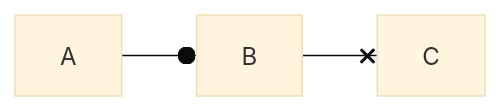
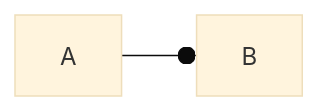
One commit to mermaid-js/mermaid changed diagram 35 of 56 in docs/syntax/flowchart.md. Above: the diagram before and after it, drawn with Mermaid (base theme). The commit also changed other lines of this file and 1 other file, not shown here.

````diff
--- a/docs/syntax/flowchart.md
+++ b/docs/syntax/flowchart.md
@@ -501,5 +508,4 @@
 ```mermaid
 flowchart LR
     A --o B
-    B --x C
 ```
````
